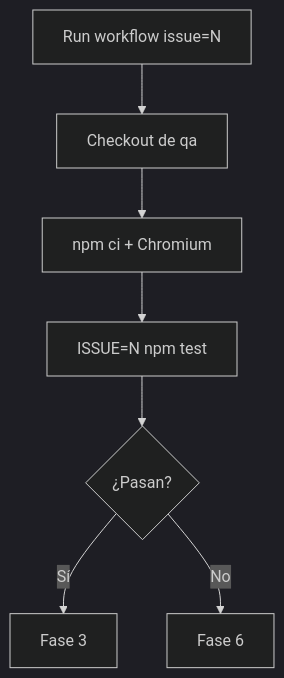
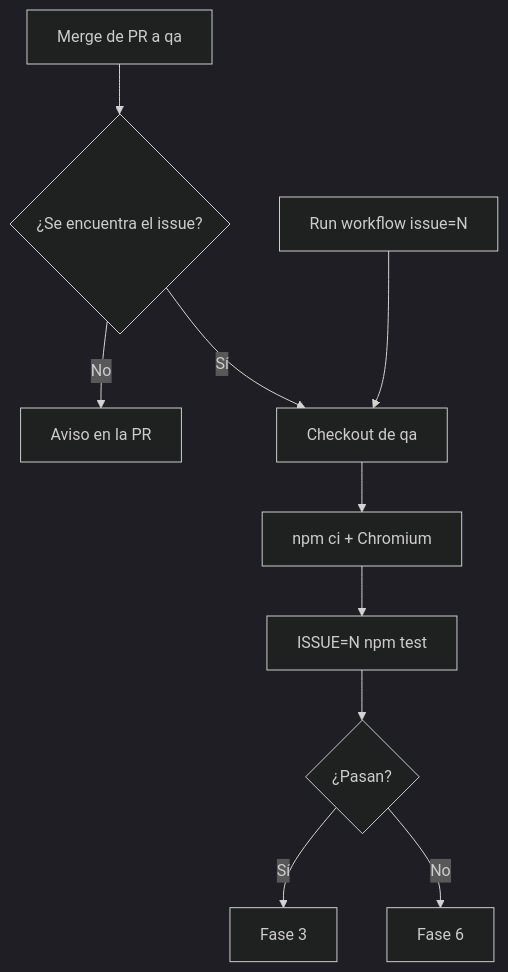
Before and after one commit to p8751771-hue/claude-tetris: the diagram in docs/qa/fase-2-ejecucion.md, drawn with Mermaid (dark theme). The commit also changed other lines of this file and 2 other files, not shown here.

Commit message:
QA: ejecutar automaticamente al hacer merge de una PR hacia qa

````diff
--- a/docs/qa/fase-2-ejecucion.md
+++ b/docs/qa/fase-2-ejecucion.md
@@ -12,9 +14,12 @@
 ```mermaid
 flowchart TD
-  A[Run workflow issue=N] --> B[Checkout de qa]
+  M["Merge de PR a qa"] --> I{"¿Se encuentra el issue?"}
+  I -->|No| X["Aviso en la PR"]
+  I -->|Sí| B
+  A["Run workflow issue=N"] --> B[Checkout de qa]
   B --> C[npm ci + Chromium]
   C --> D[ISSUE=N npm test]
   D --> E{¿Pasan?}
   E -->|Sí| F[Fase 3]
   E -->|No| G[Fase 6]
 ```
````
